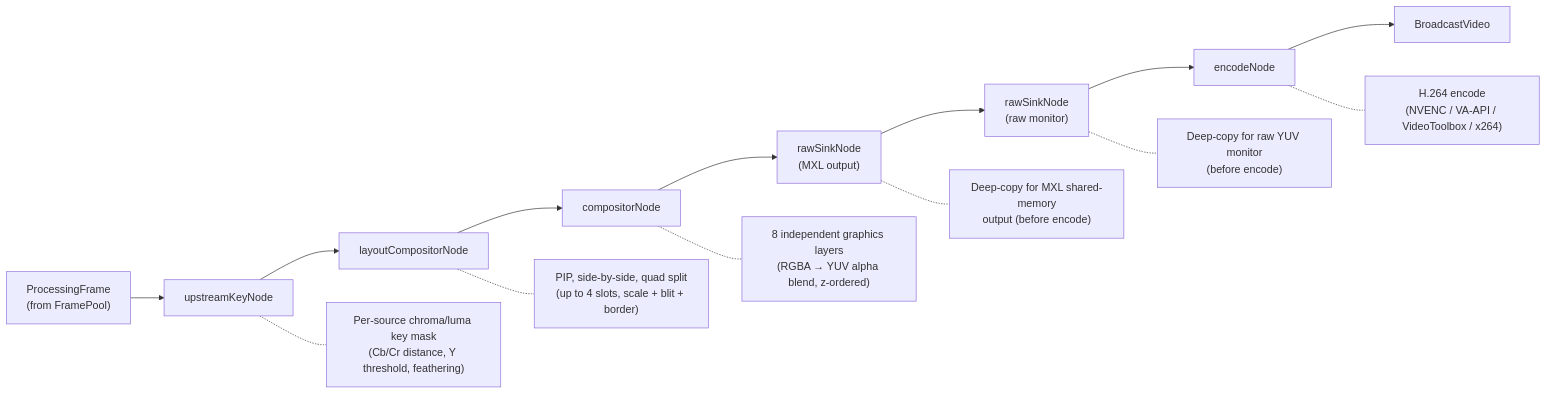
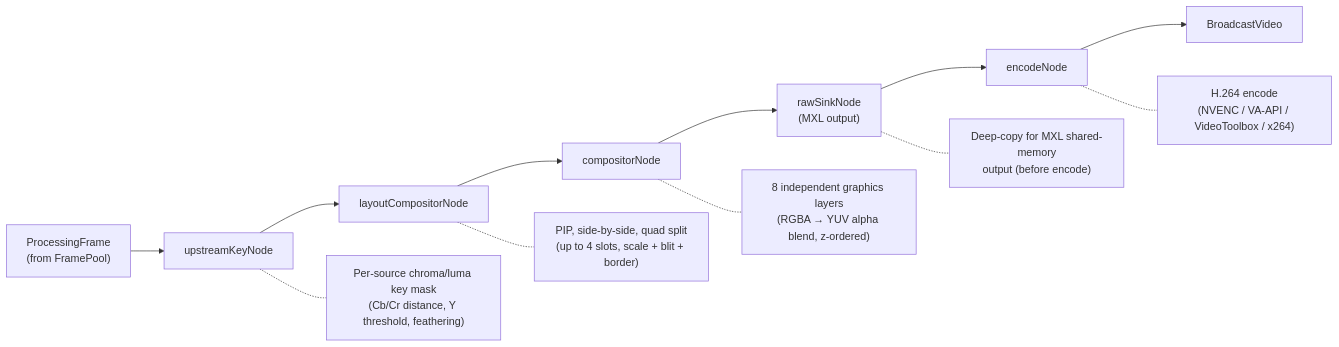
The tenth of 19 diagrams in docs/architecture.md (zsiec/switchframe), drawn with Mermaid before and after one commit. The commit also changed other lines of this file and 3 other files, not shown here.

Commit message:
docs: remove raw YUV program monitor references

````diff
--- a/docs/architecture.md
+++ b/docs/architecture.md
@@ -353,26 +353,23 @@
 ```mermaid
 flowchart LR
     PF["ProcessingFrame<br/>(from FramePool)"]
     USK["upstreamKeyNode"]
     LYT["layoutCompositorNode"]
     DSK["compositorNode"]
     RS1["rawSinkNode<br/>(MXL output)"]
-    RS2["rawSinkNode<br/>(raw monitor)"]
     ENC["encodeNode"]
     BV["BroadcastVideo"]
 
     PF --> USK
     USK --> LYT
     LYT --> DSK
     DSK --> RS1
-    RS1 --> RS2
-    RS2 --> ENC
+    RS1 --> ENC
     ENC --> BV
 
     USK -.- USKn["Per-source chroma/luma key mask<br/>(Cb/Cr distance, Y threshold, feathering)"]
     LYT -.- LYTn["PIP, side-by-side, quad split<br/>(up to 4 slots, scale + blit + border)"]
     DSK -.- DSKn["8 independent graphics layers<br/>(RGBA → YUV alpha blend, z-ordered)"]
     RS1 -.- RS1n["Deep-copy for MXL shared-memory<br/>output (before encode)"]
-    RS2 -.- RS2n["Deep-copy for raw YUV monitor<br/>(before encode)"]
     ENC -.- ENCn["H.264 encode<br/>(NVENC / VA-API / VideoToolbox / x264)"]
 ```
````
